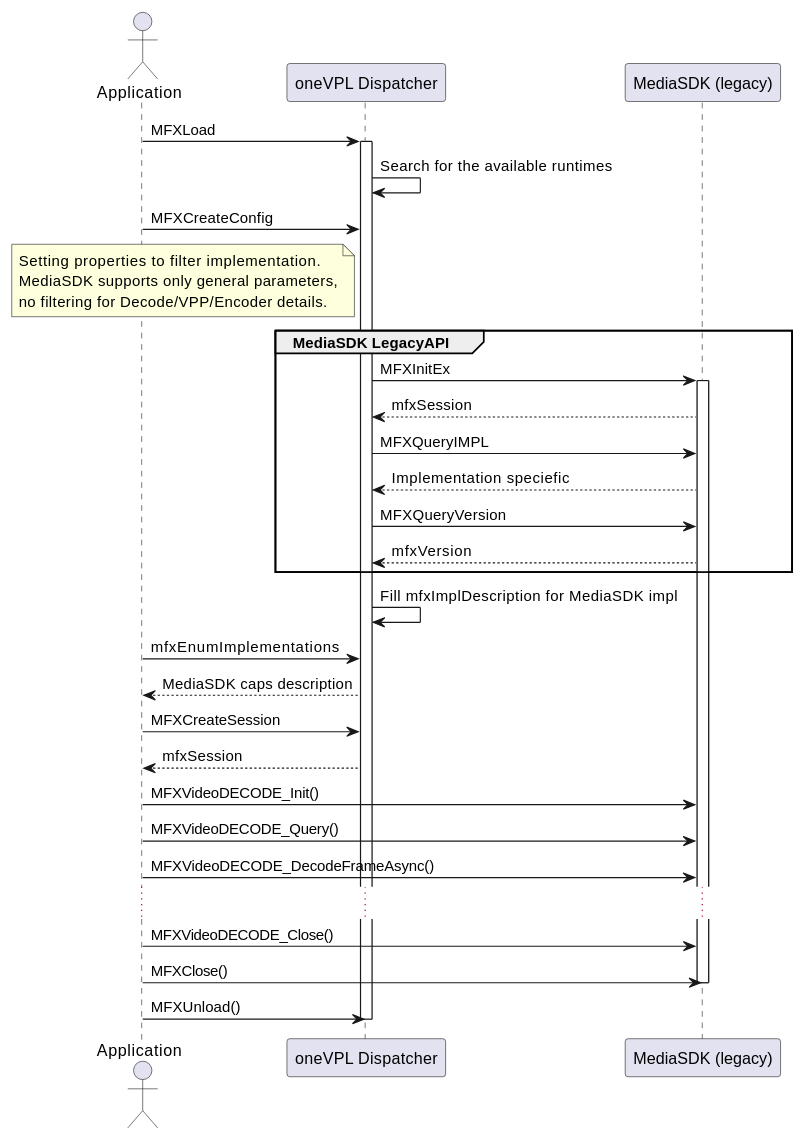
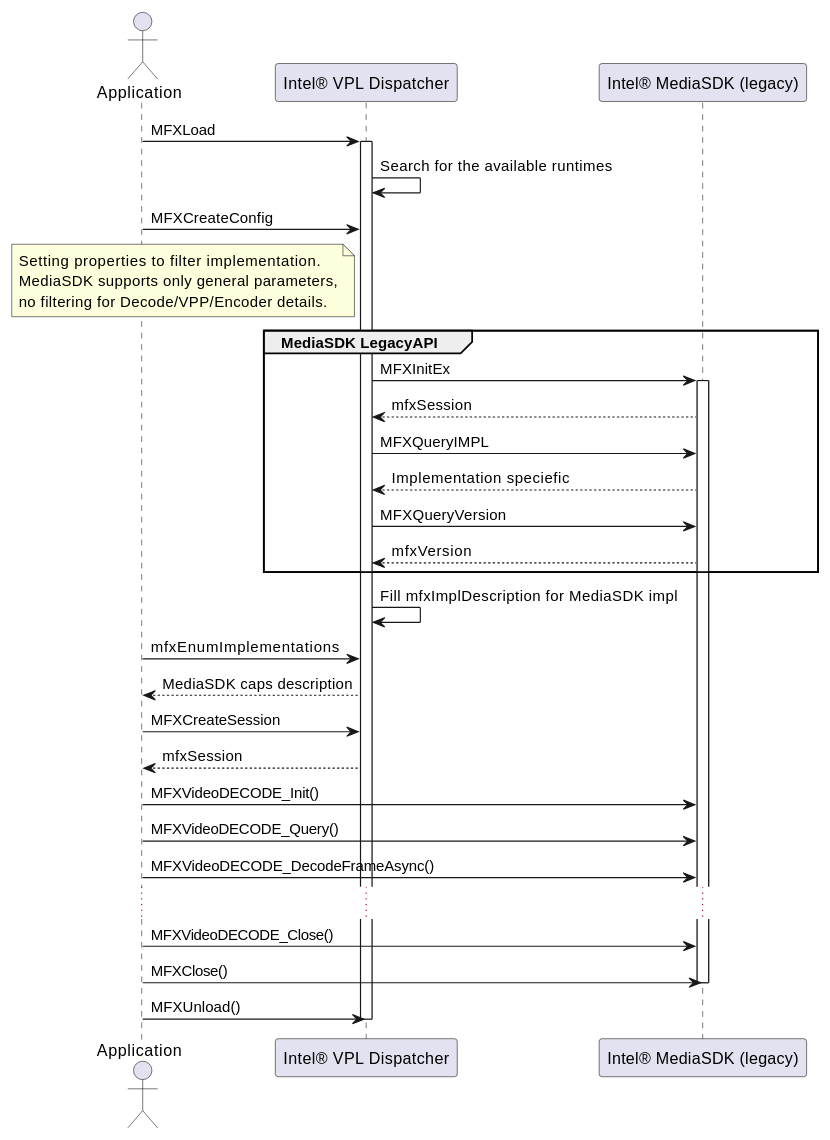
Before and after one commit to intel/libvpl: the second of 2 diagrams in doc/spec/source/programming_guide/VPL_prg_session.rst, drawn with PlantUML. The commit also changed other lines of this file and 171 other files, not shown here.

```diff
--- a/doc/spec/source/programming_guide/VPL_prg_session.rst
+++ b/doc/spec/source/programming_guide/VPL_prg_session.rst
@@ -617,49 +618,49 @@
 .. uml::
 
    @startuml
    actor Application as A
-   participant "oneVPL Dispatcher" as D
-   participant "MediaSDK (legacy)" as M
+   participant "Intel® VPL Dispatcher" as D
+   participant "Intel® MediaSDK (legacy)" as M
    A -> D: MFXLoad
    activate D
    D -> D: Search for the available runtimes
    A -> D: MFXCreateConfig
    
    note left of D
    Setting properties to filter implementation.
    MediaSDK supports only general parameters,
    no filtering for Decode/VPP/Encoder details.
    end note
 
    group MediaSDK LegacyAPI
       D -> M: MFXInitEx
       activate M
 
       M --> D: mfxSession
       D -> M: MFXQueryIMPL
       M --> D: Implementation speciefic
 
       D -> M: MFXQueryVersion
       M --> D: mfxVersion
    end
 
    D -> D: Fill mfxImplDescription for MediaSDK impl
 
    A -> D: mfxEnumImplementations
    D --> A: MediaSDK caps description
 
    A -> D: MFXCreateSession
    D --> A: mfxSession
 
    A -> M: MFXVideoDECODE_Init()
    A -> M: MFXVideoDECODE_Query()
    A -> M: MFXVideoDECODE_DecodeFrameAsync()
    ...
    A -> M: MFXVideoDECODE_Close()
    A -> M: MFXClose()
 
    deactivate M
 
    A -> D: MFXUnload()
    deactivate D
    @enduml
```
